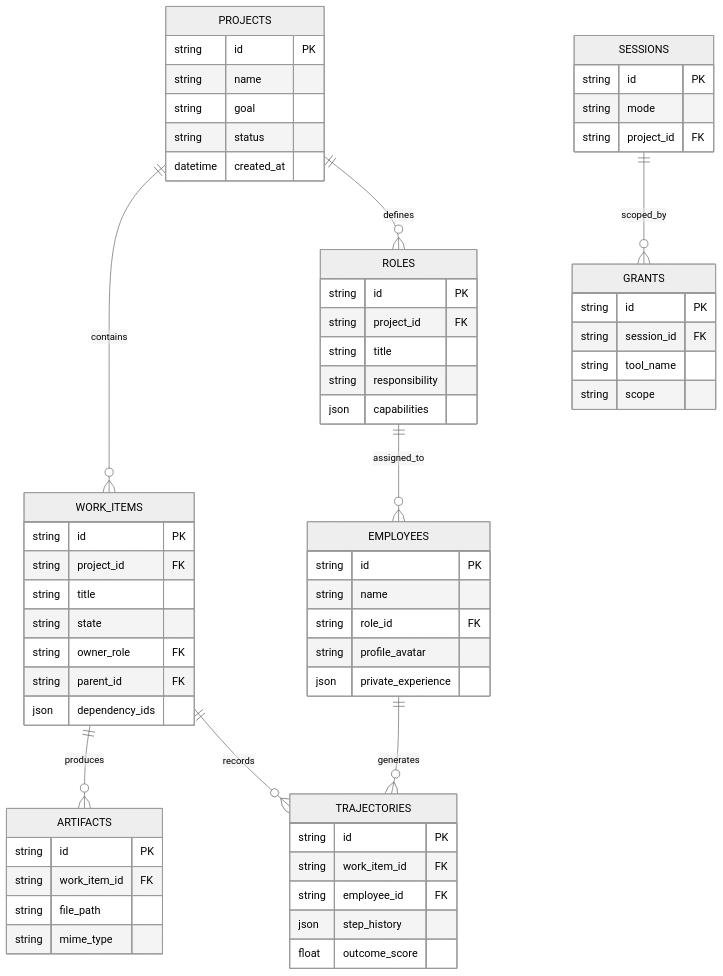
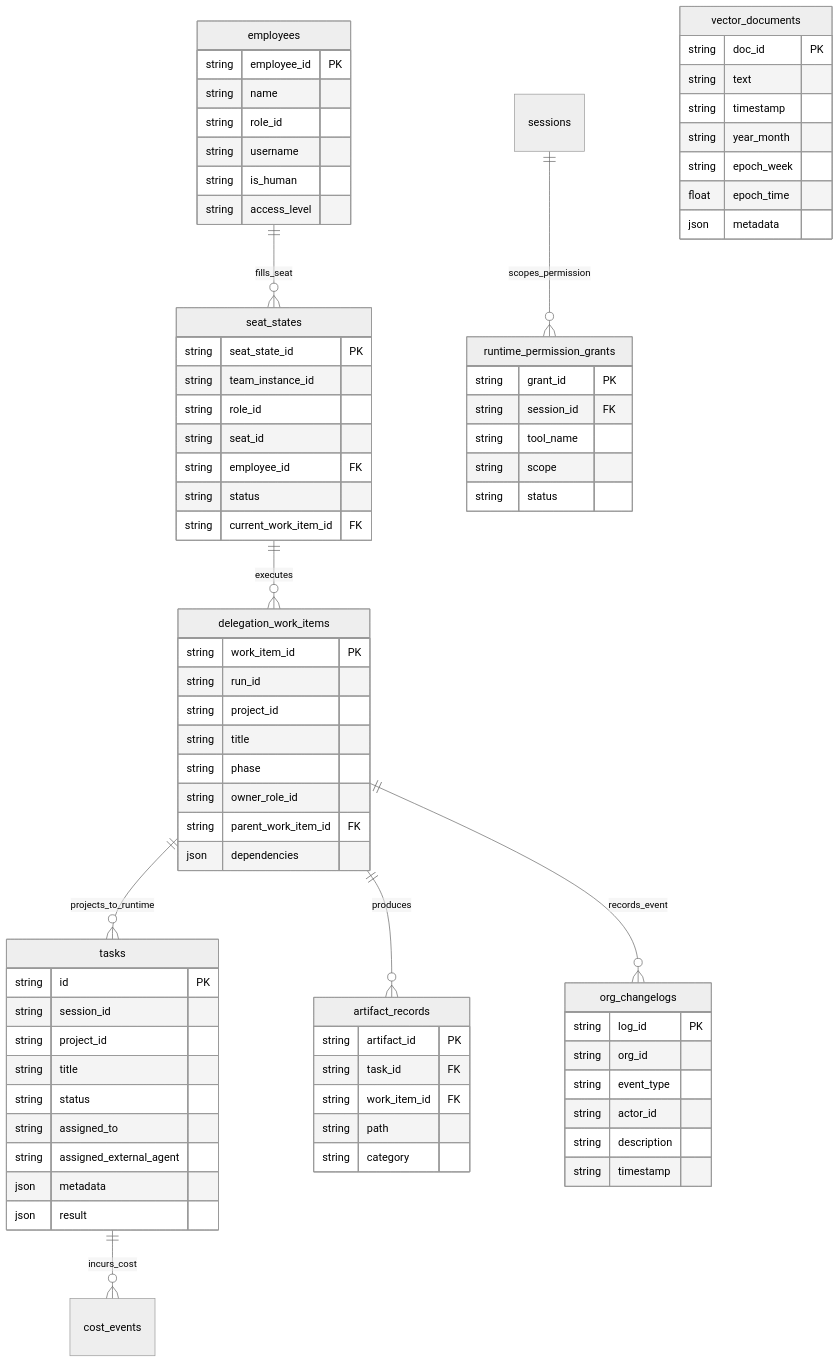
One commit to HKUDS/OpenOPC changed the tenth of 10 diagrams in docs/architecture.md. Above: the diagram before and after it, drawn with Mermaid (neutral theme). The commit also changed other lines of this file and 1 other file, not shown here.

Commit message:
docs: align architecture diagrams with exact Phase enum, ApprovalEngine governance, and SQLite schema tables

````diff
--- a/docs/architecture.md
+++ b/docs/architecture.md
@@ -538,72 +535,87 @@
 ```mermaid
 erDiagram
-    PROJECTS ||--o{ WORK_ITEMS : contains
-    PROJECTS ||--o{ ROLES : defines
-    ROLES ||--o{ EMPLOYEES : assigned_to
-    WORK_ITEMS ||--o{ ARTIFACTS : produces
-    WORK_ITEMS ||--o{ TRAJECTORIES : records
-    EMPLOYEES ||--o{ TRAJECTORIES : generates
-    SESSIONS ||--o{ GRANTS : scoped_by
+    delegation_work_items ||--o{ tasks : projects_to_runtime
+    delegation_work_items ||--o{ artifact_records : produces
+    seat_states ||--o{ delegation_work_items : executes
+    employees ||--o{ seat_states : fills_seat
+    tasks ||--o{ cost_events : incurs_cost
+    sessions ||--o{ runtime_permission_grants : scopes_permission
+    delegation_work_items ||--o{ org_changelogs : records_event
 
-    PROJECTS {
-        string id PK
-        string name
-        string goal
-        string status
-        datetime created_at
+    delegation_work_items {
+        string work_item_id PK
+        string run_id
+        string project_id
+        string title
+        string phase
+        string owner_role_id
+        string parent_work_item_id FK
+        json dependencies
     }
 
-    WORK_ITEMS {
+    tasks {
         string id PK
-        string project_id FK
+        string session_id
+        string project_id
         string title
-        string state
-        string owner_role FK
-        string parent_id FK
-        json dependency_ids
+        string status
+        string assigned_to
+        string assigned_external_agent
+        json metadata
+        json result
     }
 
-    ROLES {
-        string id PK
-        string project_id FK
-        string title
-        string responsibility
-        json capabilities
+    seat_states {
+        string seat_state_id PK
+        string team_instance_id
+        string role_id
+        string seat_id
+        string employee_id FK
+        string status
+        string current_work_item_id FK
     }
 
-    EMPLOYEES {
-        string id PK
+    employees {
+        string employee_id PK
         string name
-        string role_id FK
-        string profile_avatar
-        json private_experience
+        string role_id
+        string username
+        string is_human
+        string access_level
     }
 
-    TRAJECTORIES {
-        string id PK
+    artifact_records {
+        string artifact_id PK
+        string task_id FK
         string work_item_id FK
-        string employee_id FK
-        json step_history
-        float outcome_score
+        string path
+        string category
     }
 
-    ARTIFACTS {
-        string id PK
-        string work_item_id FK
-        string file_path
-        string mime_type
-    }
-
-    SESSIONS {
-        string id PK
-        string mode
-        string project_id FK
-    }
-
-    GRANTS {
-        string id PK
+    runtime_permission_grants {
+        string grant_id PK
         string session_id FK
         string tool_name
         string scope
+        string status
+    }
+
+    org_changelogs {
+        string log_id PK
+        string org_id
+        string event_type
+        string actor_id
+        string description
+        string timestamp
+    }
+
+    vector_documents {
+        string doc_id PK
+        string text
+        string timestamp
+        string year_month
+        string epoch_week
+        float epoch_time
+        json metadata
     }
 ```
````
